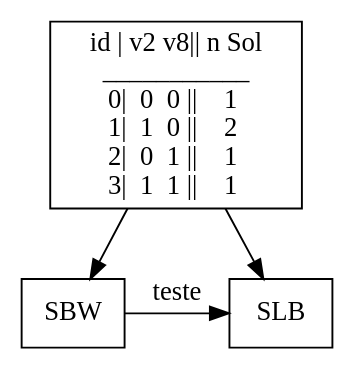
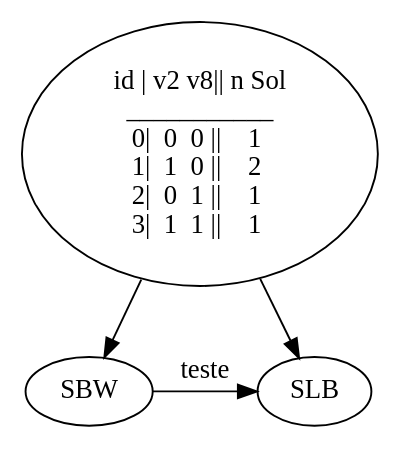
Before and after one commit to VaeterchenFrost/gpusat-VISU: the diagram in dotg41.dot, drawn with Graphviz. The commit also changed 7 other files, not shown here.

```diff
--- a/dotg41.dot
+++ b/dotg41.dot
@@ -1,16 +1,16 @@
 
 digraph TestG1 {
-        node [shape=rect]
+        node [style=rounded]
         A [label="id | v2 v8|| n Sol
 ___________
   0|  0  0 ||    1  
   1|  1  0 ||    2  
   2|  0  1 ||    1  
   3|  1  1 ||    1  
 "]
         B [label=SBW]
         L [label=SLB]
         A -> B
         A -> L
         B -> L [label=teste constraint=false]
 }
```
